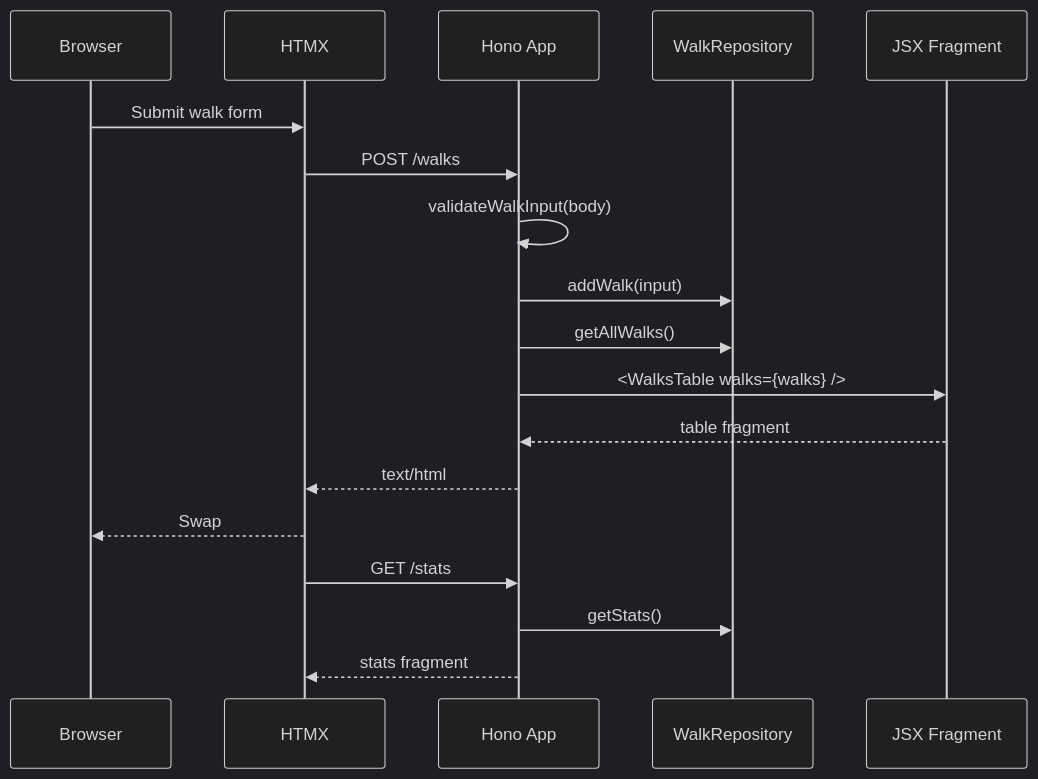
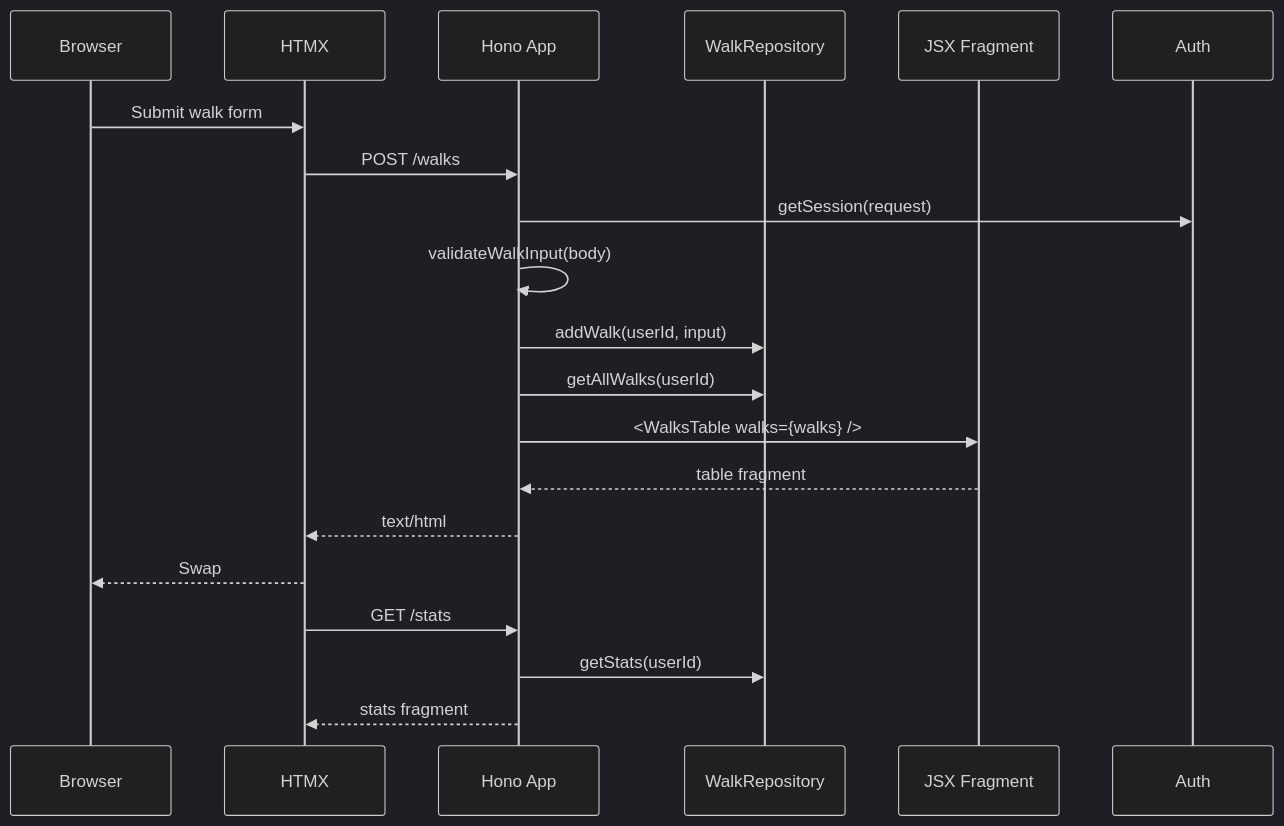
The second of 2 diagrams in ARCHITECTURE.md (Macavitymadcap/hyper-dank), drawn with Mermaid (dark theme) before and after one commit. The commit also changed other lines of this file and 53 other files, not shown here.

````diff
--- a/ARCHITECTURE.md
+++ b/ARCHITECTURE.md
@@ -98,21 +112,22 @@
 ```mermaid
 sequenceDiagram
     participant Browser
     participant HTMX
     participant App as Hono App
     participant Repo as WalkRepository
     participant View as JSX Fragment
 
     Browser->>HTMX: Submit walk form
     HTMX->>App: POST /walks
+    App->>Auth: getSession(request)
     App->>App: validateWalkInput(body)
-    App->>Repo: addWalk(input)
-    App->>Repo: getAllWalks()
+    App->>Repo: addWalk(userId, input)
+    App->>Repo: getAllWalks(userId)
     App->>View: <WalksTable walks={walks} />
     View-->>App: table fragment
     App-->>HTMX: text/html
     HTMX-->>Browser: Swap #walks-list
     HTMX->>App: GET /stats
-    App->>Repo: getStats()
+    App->>Repo: getStats(userId)
     App-->>HTMX: stats fragment
 ```
````
